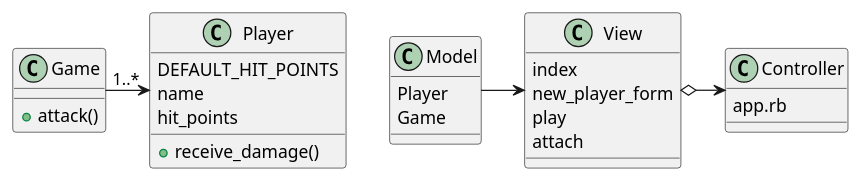
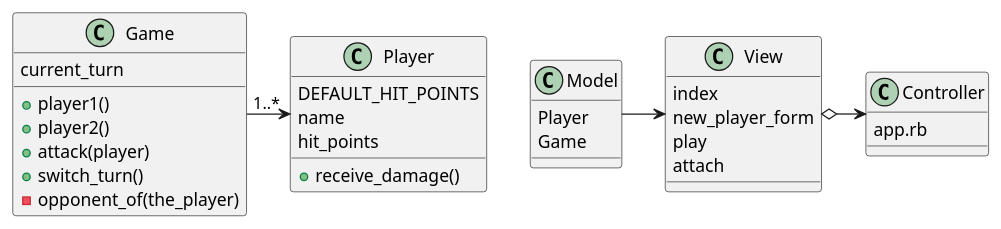
The diagram in battle.puml (meta-morpho-sys/new_battle2), drawn with PlantUML before and after one commit. The commit also changed 6 other files, not shown here.

```diff
--- a/battle.puml
+++ b/battle.puml
@@ -1,35 +1,40 @@
 @startuml
 
 class Game {
-    +attack()
+    current_turn
+    +player1()
+    +player2()
+    +attack(player)
+    +switch_turn()
+    -opponent_of(the_player)
 }
 
 class Player {
     DEFAULT_HIT_POINTS
     name
     hit_points
     +receive_damage()
 }
 
 class Model {
     Player
     Game
 }
 
 class Controller {
     app.rb
 }
 
 class View {
     index
     new_player_form
     play
     attach
 }
 
 Game -> "1..*" Player
 
 Model ->View
 View o-> Controller
 
 @enduml
```
